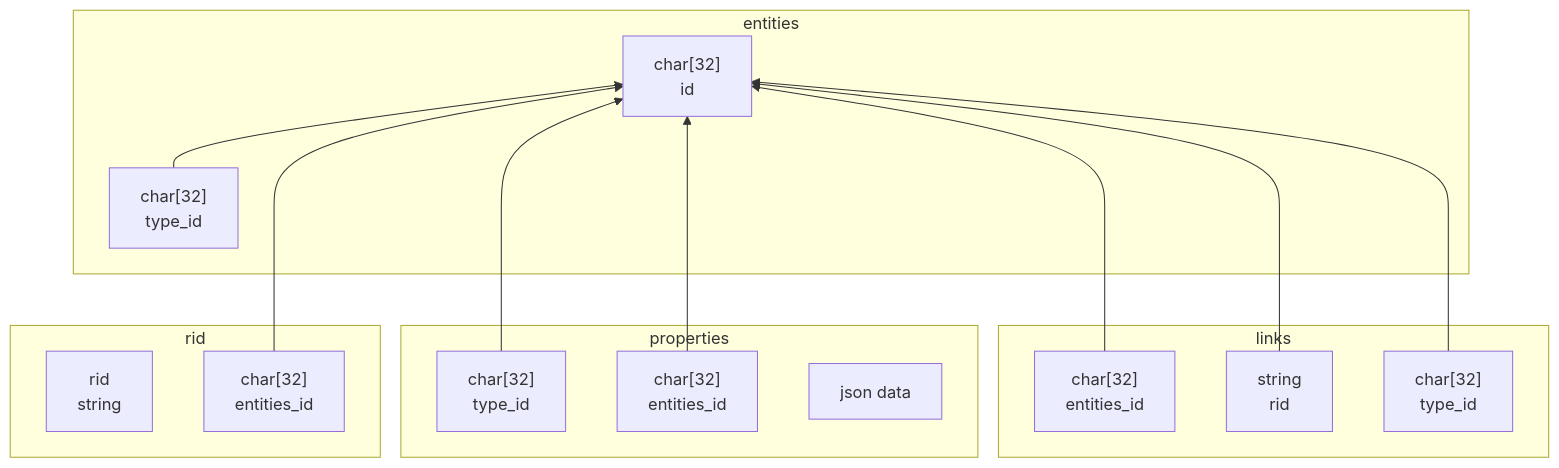
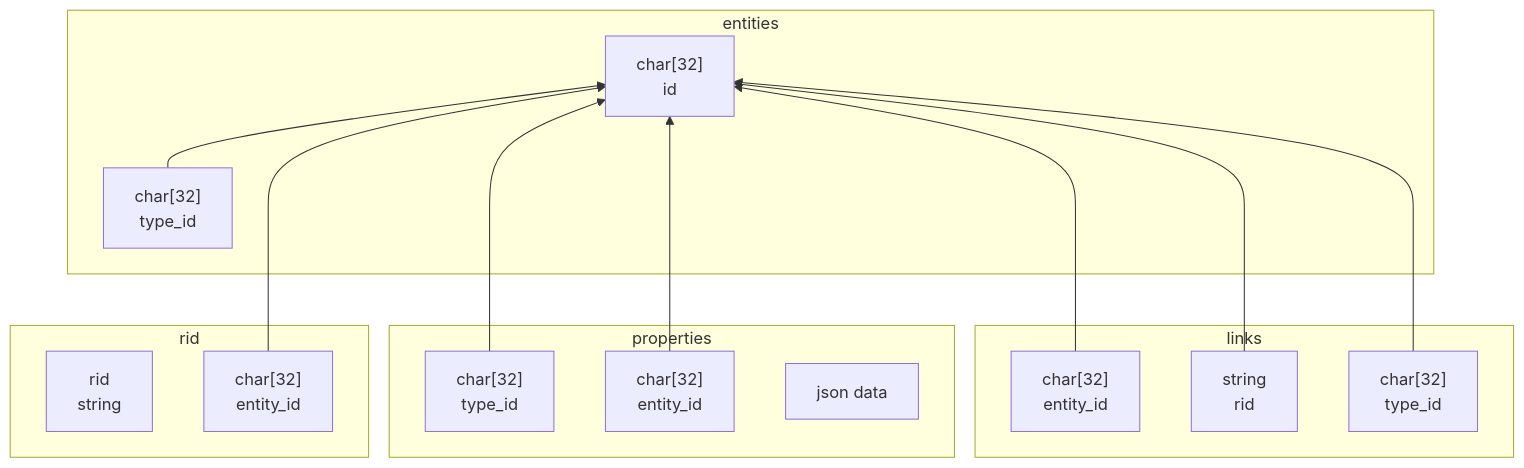
The third of 3 diagrams in ru/entities.md (johnthesmith/scraps), drawn with Mermaid before and after one commit. The commit also changed other lines of this file, not shown here.

````diff
--- a/ru/entities.md
+++ b/ru/entities.md
@@ -368,33 +368,33 @@
 ```mermaid
 graph BT
   subgraph entities
-    entities_id["char[32] <br> id"]
+    entity_id["char[32] <br> id"]
     entities_type_id["char[32] <br> type_id"]
   end
 
   subgraph rid
     rid_value["rid <br> string"]
-    rid_entities_id["char[32] <br> entities_id"]
+    rid_entity_id["char[32] <br> entity_id"]
   end
 
 subgraph properties
-    properties_id["char[32]<br>entities_id"]
+    properties_id["char[32]<br>entity_id"]
     properties_type_id["char[32] <br> type_id"]
     properties_data["json data"]
 end
 
  subgraph links
-    link_from_id["char[32] <br> entities_id"]
+    link_from_id["char[32] <br> entity_id"]
     link_type_id["char[32] <br> type_id"]
     link_to_id["string <br> rid"]
   end
 
 
-entities_type_id --> entities_id
-rid_entities_id ---> entities_id 
-properties_type_id ---> entities_id 
-properties_id --> entities_id 
-link_from_id ---> entities_id 
-link_to_id ---> entities_id 
-link_type_id --> entities_id 
+entities_type_id --> entity_id
+rid_entity_id ---> entity_id 
+properties_type_id ---> entity_id 
+properties_id --> entity_id 
+link_from_id ---> entity_id 
+link_to_id ---> entity_id 
+link_type_id --> entity_id 
 ```
````
